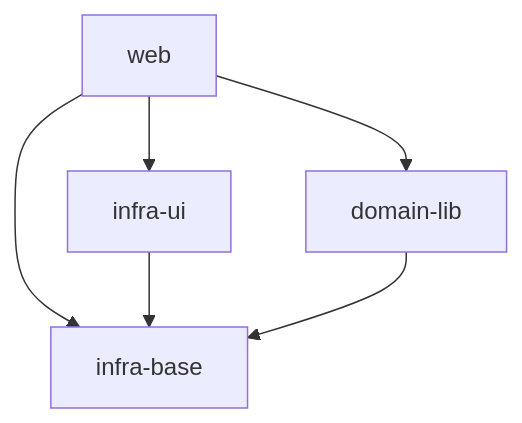
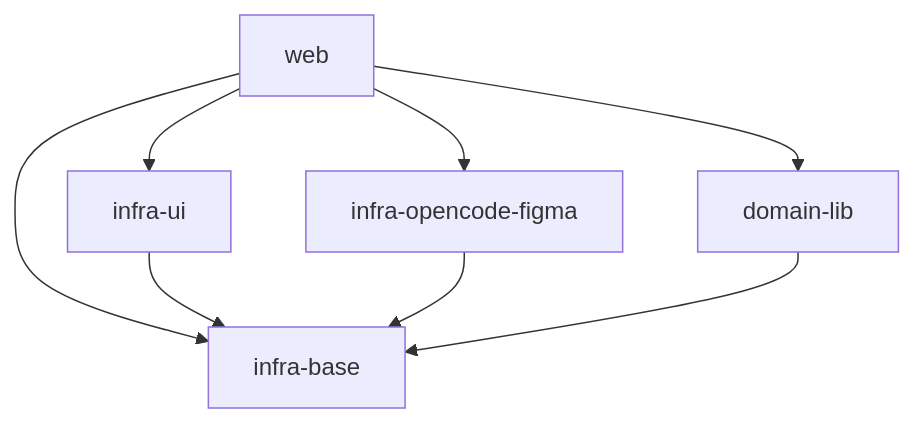
The diagram in specs/README.md (RubaXa/real-life-grind), drawn with Mermaid before and after one commit. The commit also changed other lines of this file and 8 other files, not shown here.

First line of the commit message:
feat(infra-opencode-figma): Figma MCP integration for OpenCode

````diff
--- a/specs/README.md
+++ b/specs/README.md
@@ -9,8 +9,10 @@
 ```mermaid
 graph TD
     web --> infra-ui
     web --> infra-base
+    web --> infra-opencode-figma
     web --> domain-lib
     infra-ui --> infra-base
+    infra-opencode-figma --> infra-base
     domain-lib --> infra-base
 ```
````
